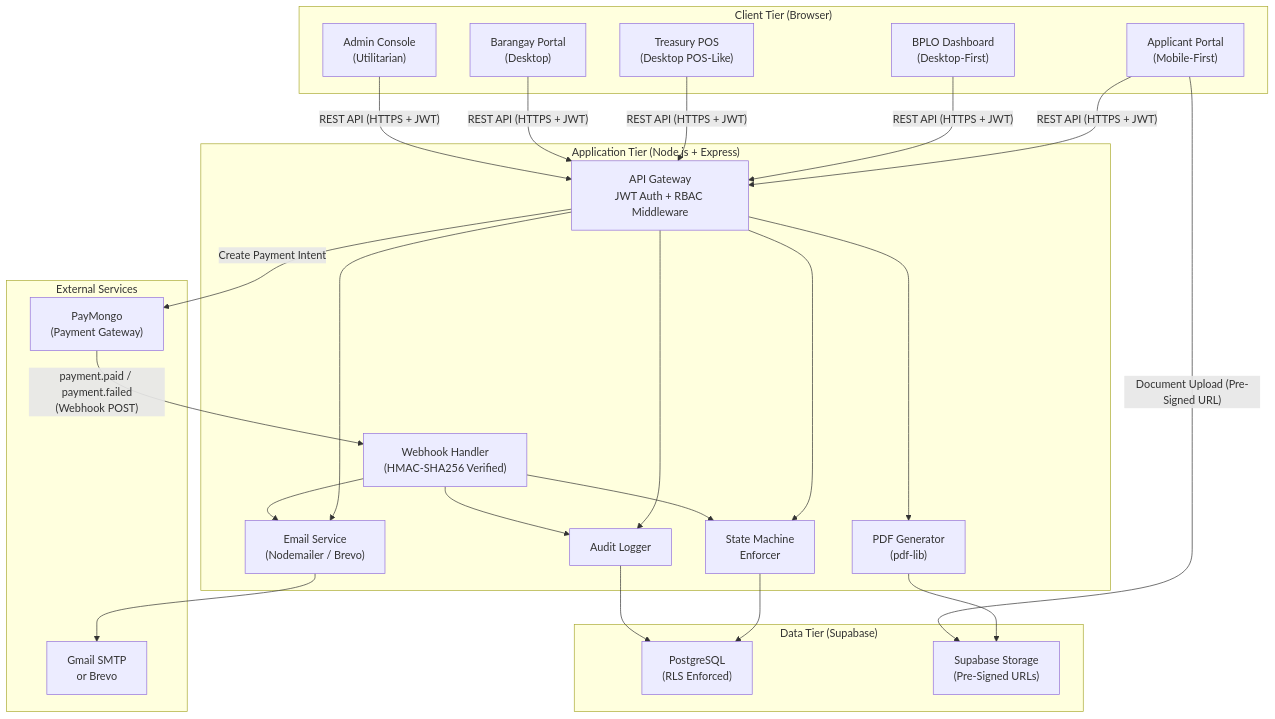
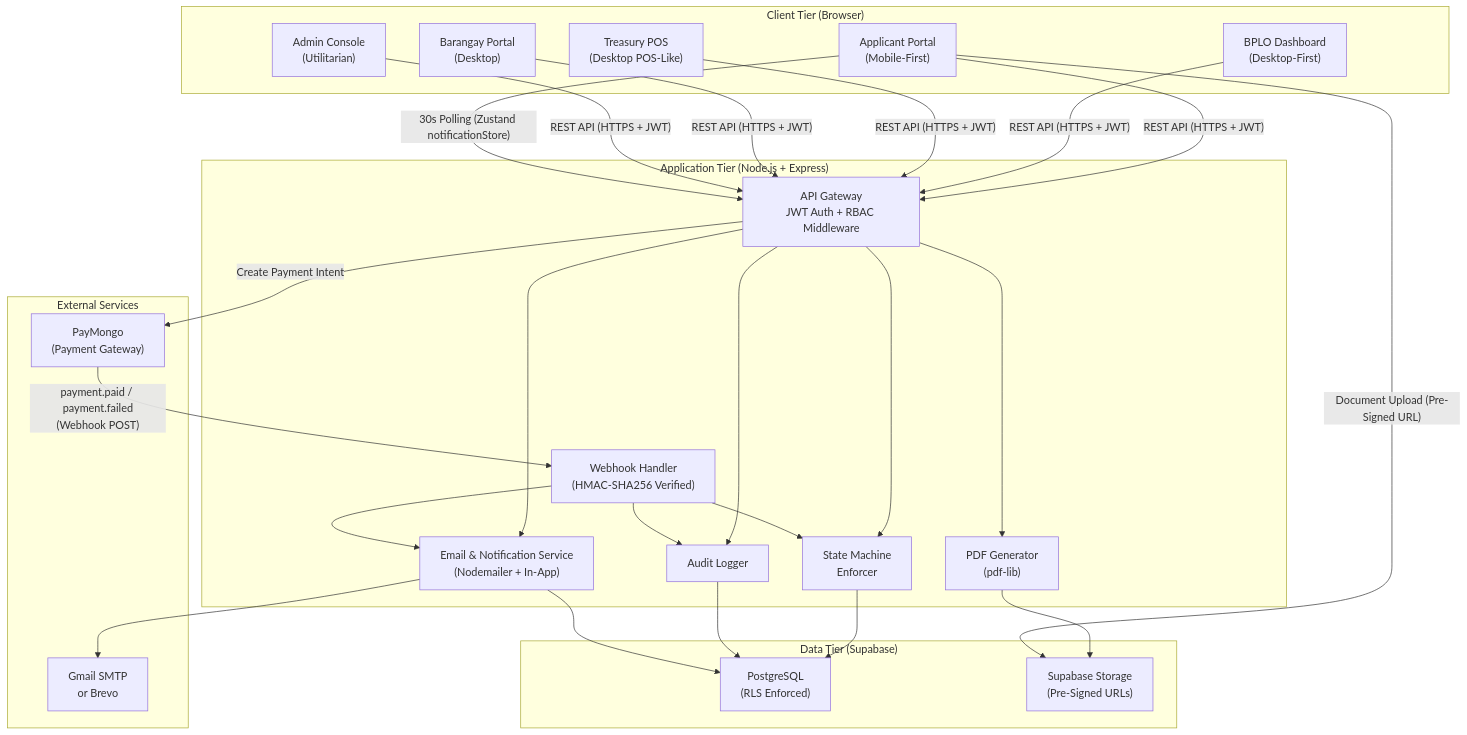
One commit to albuerocedrick/ebpls changed the first of 6 diagrams in system-planning/eBPLS_System_Architecture.md. Above: the diagram before and after it, drawn with Mermaid. The commit also changed other lines of this file and 9 other files, not shown here.

````diff
--- a/system-planning/eBPLS_System_Architecture.md
+++ b/system-planning/eBPLS_System_Architecture.md
@@ -20,45 +23,47 @@
 ```mermaid
 graph TB
     subgraph "Client Tier (Browser)"
         A["Applicant Portal<br/>(Mobile-First)"]
         B["BPLO Dashboard<br/>(Desktop-First)"]
         C["Treasury POS<br/>(Desktop POS-Like)"]
         D["Barangay Portal<br/>(Desktop)"]
         E["Admin Console<br/>(Utilitarian)"]
     end
 
     subgraph "Application Tier (Node.js + Express)"
         GW["API Gateway<br/>JWT Auth + RBAC Middleware"]
         SM["State Machine<br/>Enforcer"]
         AL["Audit Logger"]
-        EM["Email Service<br/>(Nodemailer / Brevo)"]
+        EM["Email & Notification Service<br/>(Nodemailer + In-App)"]
         PDF["PDF Generator<br/>(pdf-lib)"]
         WH["Webhook Handler<br/>(HMAC-SHA256 Verified)"]
     end
 
     subgraph "Data Tier (Supabase)"
         PG["PostgreSQL<br/>(RLS Enforced)"]
         FS["Supabase Storage<br/>(Pre-Signed URLs)"]
     end
 
     subgraph "External Services"
         PM["PayMongo<br/>(Payment Gateway)"]
         SMTP["Gmail SMTP<br/>or Brevo"]
     end
 
     A & B & C & D & E -->|"REST API (HTTPS + JWT)"| GW
+    A -->|"30s Polling (Zustand notificationStore)"| GW
     GW --> SM
     GW --> AL
     SM --> PG
     AL --> PG
     GW --> EM
     GW --> PDF
     PDF --> FS
     A -->|"Document Upload (Pre-Signed URL)"| FS
     GW -->|"Create Payment Intent"| PM
     PM -->|"payment.paid / payment.failed<br/>(Webhook POST)"| WH
     WH --> SM
     WH --> AL
     WH --> EM
     EM --> SMTP
+    EM --> PG
 ```
````
